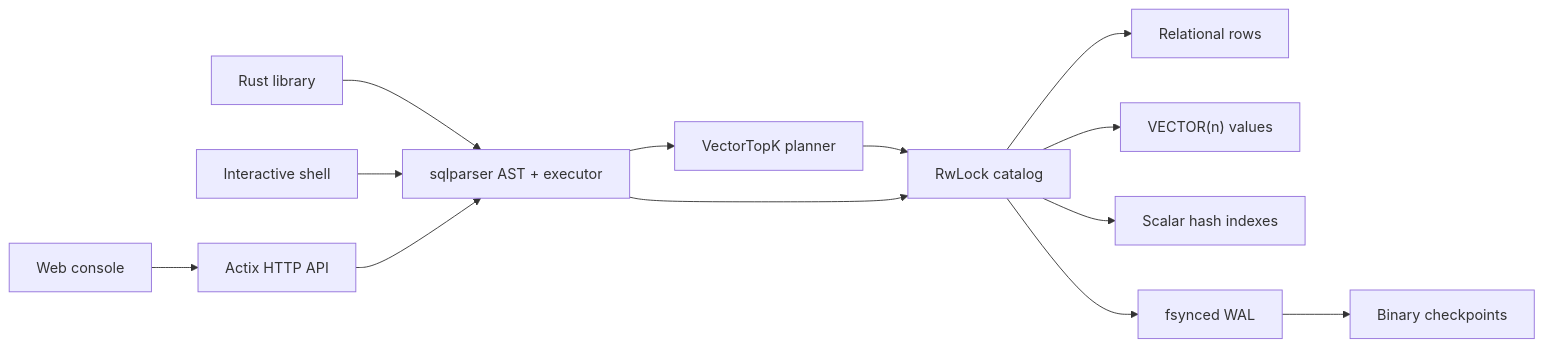
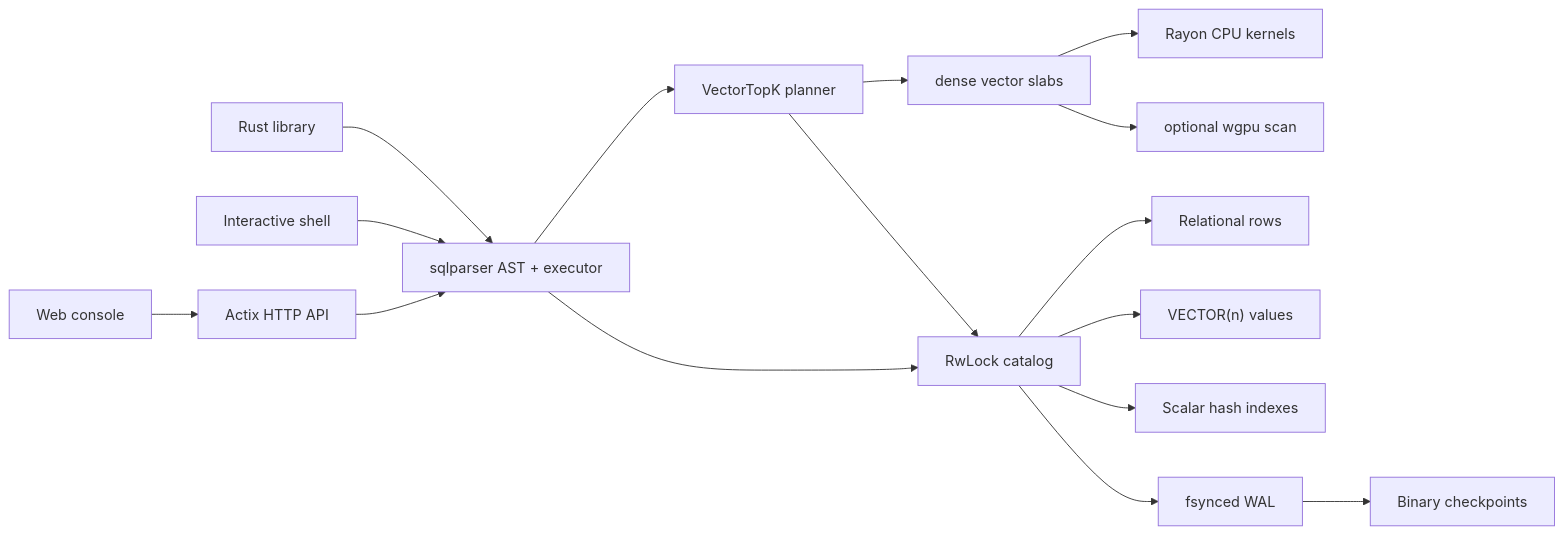
One commit to kamilsj/vectors changed the diagram in README.md. Above: the diagram before and after it, drawn with Mermaid. The commit also changed other lines of this file and 39 other files, not shown here.

````diff
--- a/README.md
+++ b/README.md
@@ -257,15 +306,18 @@
 ```mermaid
 flowchart LR
     A["Rust library"] --> E
     B["Interactive shell"] --> E
     C["Web console"] --> D["Actix HTTP API"]
     D --> E["sqlparser AST + executor"]
     E --> K["VectorTopK planner"]
+    K --> M["dense vector slabs"]
+    M --> N["Rayon CPU kernels"]
+    M --> O["optional wgpu scan"]
     K --> F["RwLock catalog"]
     E --> F
     F --> G["Relational rows"]
     F --> H["VECTOR(n) values"]
     F --> I["Scalar hash indexes"]
     F --> J["fsynced WAL"]
     J --> L["Binary checkpoints"]
 ```
````
